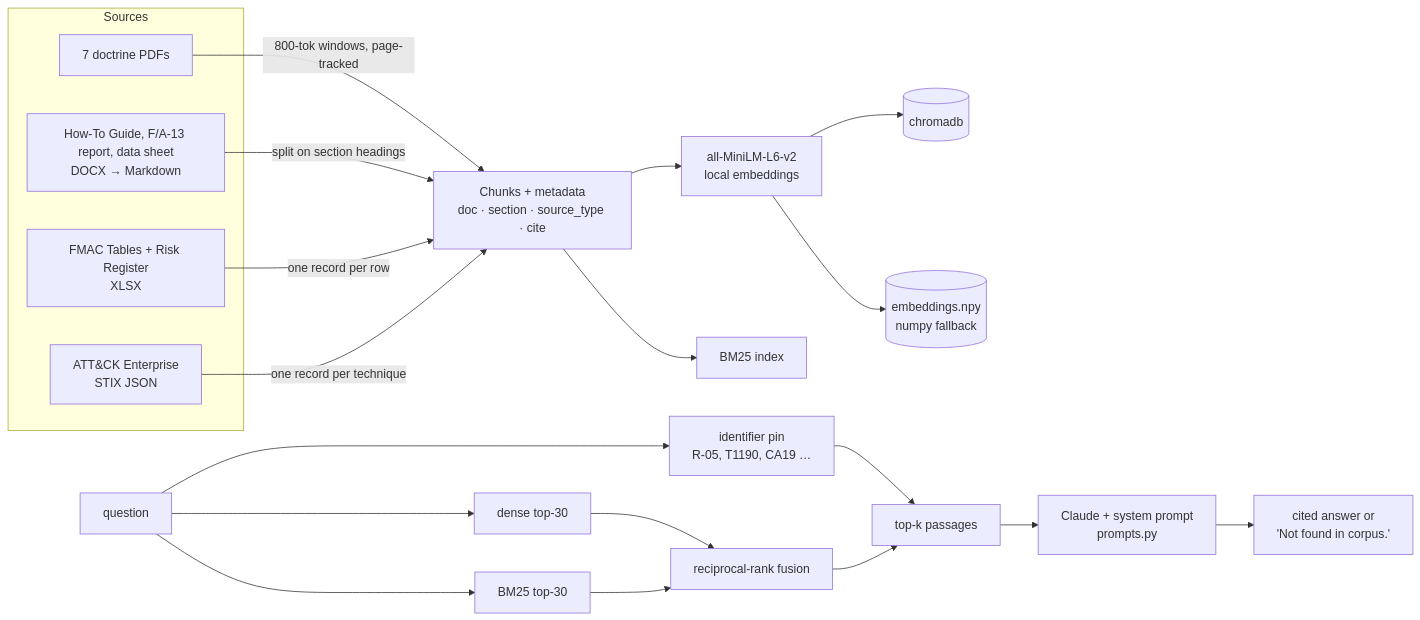
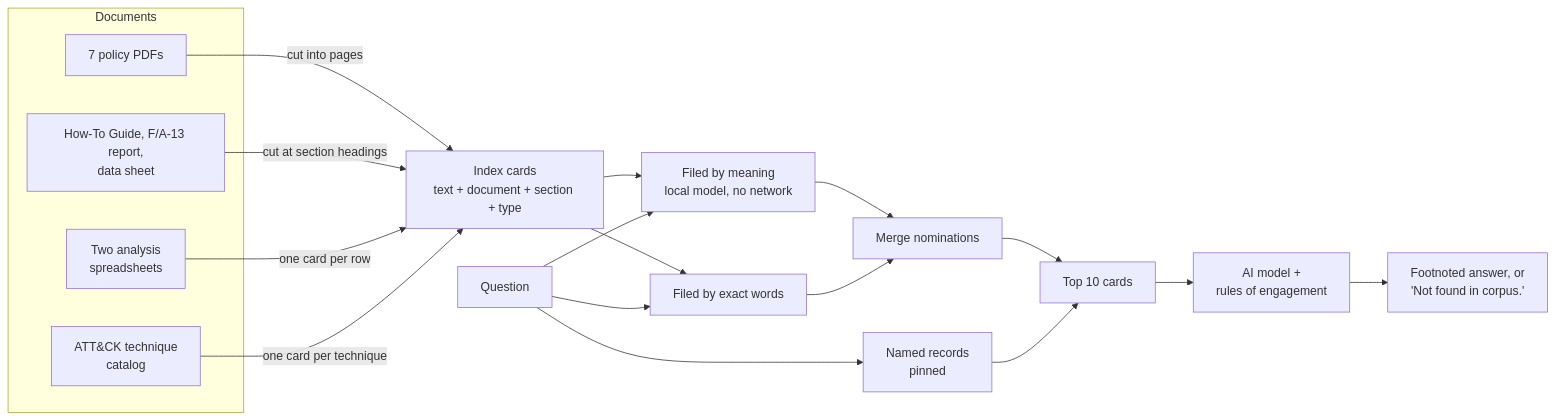
One commit to GrayFox1019/Mission-Assurance-RAG changed the diagram in README.md. Above: the diagram before and after it, drawn with Mermaid. The commit also changed other lines of this file, not shown here.

````diff
--- a/README.md
+++ b/README.md
@@ -17,26 +27,24 @@
 ```mermaid
 flowchart LR
-    subgraph Sources
-        PDF[7 doctrine PDFs]
-        MD[How-To Guide, F/A-13 report, data sheet<br/>DOCX → Markdown]
-        XLSX[FMAC Tables + Risk Register<br/>XLSX]
-        STIX[ATT&CK Enterprise<br/>STIX JSON]
+    subgraph Documents
+        PDF[7 policy PDFs]
+        MD[How-To Guide, F/A-13 report,<br/>data sheet]
+        XLSX[Two analysis<br/>spreadsheets]
+        STIX[ATT&CK technique<br/>catalog]
     end
-    PDF -->|800-tok windows, page-tracked| CH[Chunks + metadata<br/>doc · section · source_type · cite]
-    MD -->|split on section headings| CH
-    XLSX -->|one record per row| CH
-    STIX -->|one record per technique| CH
-    CH --> EMB[all-MiniLM-L6-v2<br/>local embeddings]
-    EMB --> CHROMA[(chromadb)]
-    EMB --> NPY[(embeddings.npy<br/>numpy fallback)]
-    CH --> BM25[BM25 index]
-    Q[question] --> DENSE[dense top-30]
-    Q --> LEX[BM25 top-30]
-    Q --> IDS[identifier pin<br/>R-05, T1190, CA19 …]
-    DENSE --> RRF[reciprocal-rank fusion]
-    LEX --> RRF
-    IDS --> CTX[top-k passages]
-    RRF --> CTX
-    CTX --> LLM[Claude + system prompt<br/>prompts.py]
-    LLM --> ANS[cited answer or<br/>'Not found in corpus.']
+    PDF -->|cut into pages| CH[Index cards<br/>text + document + section + type]
+    MD -->|cut at section headings| CH
+    XLSX -->|one card per row| CH
+    STIX -->|one card per technique| CH
+    CH --> EMB[Filed by meaning<br/>local model, no network]
+    CH --> BM25[Filed by exact words]
+    Q[Question] --> EMB
+    Q --> BM25
+    Q --> IDS[Named records<br/>pinned]
+    EMB --> MERGE[Merge nominations]
+    BM25 --> MERGE
+    MERGE --> CTX[Top 10 cards]
+    IDS --> CTX
+    CTX --> LLM[AI model +<br/>rules of engagement]
+    LLM --> ANS[Footnoted answer, or<br/>'Not found in corpus.']
 ```
````
